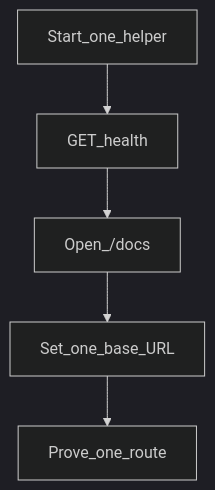
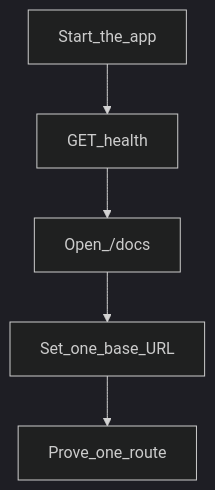
Before and after one commit to felixzhu97/explore-ml: the second of 2 diagrams in docs/user-guide/README.md, drawn with Mermaid (dark theme). The commit also changed other lines of this file and 22 other files, not shown here.

````diff
--- a/docs/user-guide/README.md
+++ b/docs/user-guide/README.md
@@ -65,9 +53,9 @@
 ```mermaid
 flowchart TB
-  Start[Start_one_helper]
+  Start[Start_the_app]
   Health[GET_health]
   Docs[Open_/docs]
   Env[Set_one_base_URL]
   Prove[Prove_one_route]
   Start --> Health --> Docs --> Env --> Prove
 ```
````
